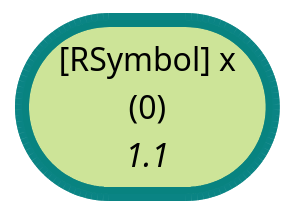
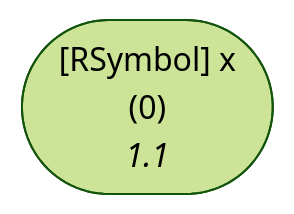
Before and after one commit to flowr-analysis/flowr: the sixth of 48 diagrams in wiki/Dataflow Graph.md, drawn with Mermaid (forest theme). The commit also changed other lines of this file and 7 other files, not shown here.

Commit message:
[skip ci] doc: update generated wiki pages (wiki/Capabilities,wiki/Dataflow Graph,wiki/Search API,wiki/Interface,wiki/Control Flow Graph,wiki/Linting and Testing,wiki/Core,README)

````diff
--- a/wiki/Dataflow Graph.md
+++ b/wiki/Dataflow Graph.md
@@ -544,7 +556,6 @@
 ```mermaid
 flowchart LR
     0(["`#91;RSymbol#93; x
       (0)
       *1.1*`"])
-    style 0 stroke:teal,stroke-width:7px,stroke-opacity:.8;
 ```
````
